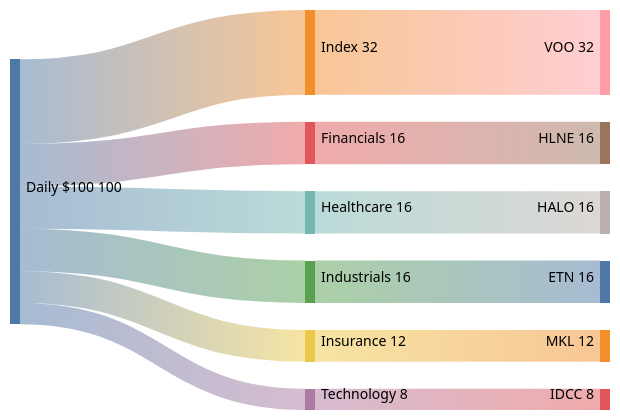
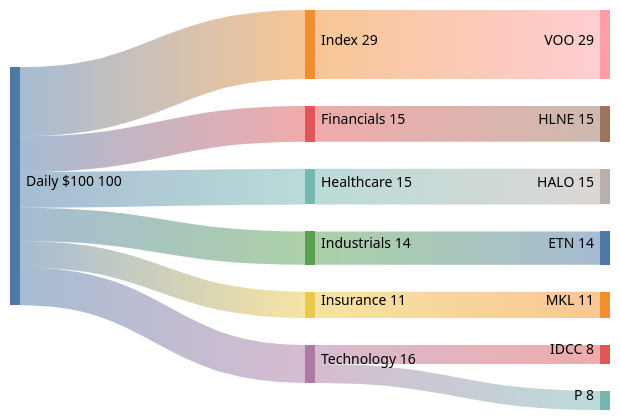
One commit to CynicDog/investment changed the diagram in portfolio/dashboards/dca-flow.md. Above: the diagram before and after it, drawn with Mermaid (neutral theme). The commit also changed 3 other files, not shown here.

````diff
--- a/portfolio/dashboards/dca-flow.md
+++ b/portfolio/dashboards/dca-flow.md
@@ -5,20 +5,21 @@
 ```mermaid
 ---
 config:
   sankey:
     showValues: true
 ---
 sankey-beta
-Daily $100,Index,32
-Daily $100,Financials,16
-Daily $100,Healthcare,16
-Daily $100,Industrials,16
-Daily $100,Insurance,12
-Daily $100,Technology,8
-Index,VOO,32
-Financials,HLNE,16
-Healthcare,HALO,16
-Industrials,ETN,16
-Insurance,MKL,12
+Daily $100,Index,29
+Daily $100,Financials,15
+Daily $100,Healthcare,15
+Daily $100,Industrials,14
+Daily $100,Insurance,11
+Daily $100,Technology,16
+Index,VOO,29
+Financials,HLNE,15
+Healthcare,HALO,15
+Industrials,ETN,14
+Insurance,MKL,11
 Technology,IDCC,8
+Technology,P,8
 ```
````
